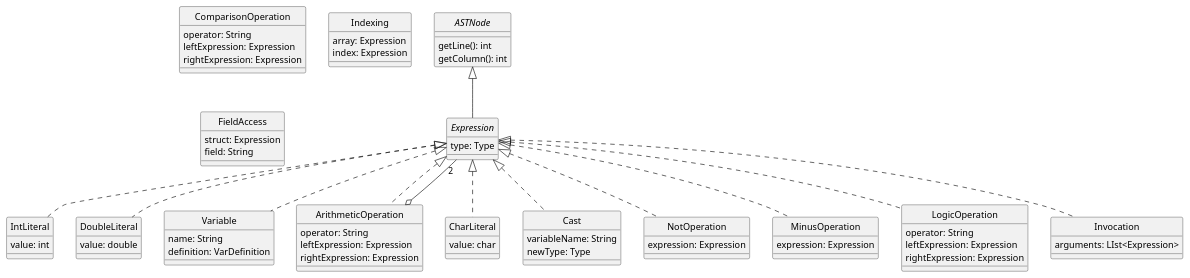
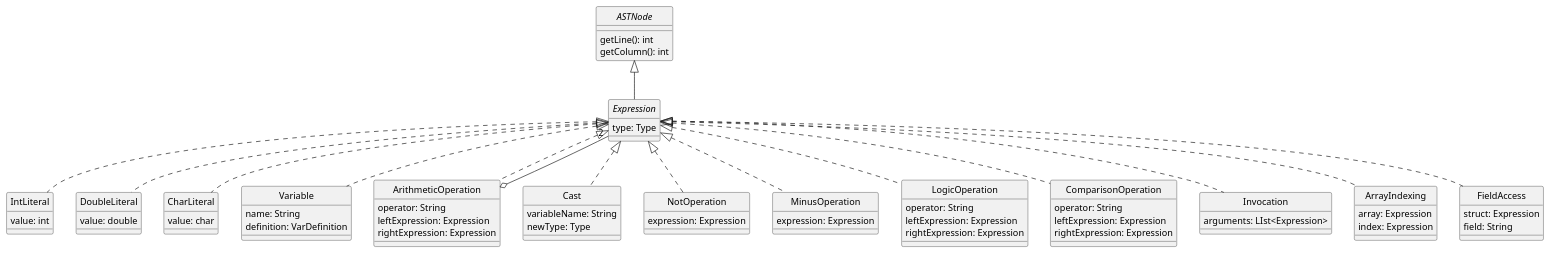
One commit to DavidGonzalezFernandez/dlp-compiler changed the diagram in docs/diagrams/expressions.plantuml. Above: the diagram before and after it, drawn with PlantUML.

Commit message:
Incorporo nuevas expresiones

```diff
--- a/docs/diagrams/expressions.plantuml
+++ b/docs/diagrams/expressions.plantuml
@@ -1,95 +1,106 @@
 @startuml Expressions
 skinparam style strictuml
 skinparam monochrome true
 
 
 interface ASTNode {
     getLine(): int
     getColumn(): int
 }
 
 interface Expression {
     type: Type
 }
+ASTNode <|-- Expression
+
 
 class IntLiteral {
     value: int
 }
+Expression <|.. IntLiteral
+
 
 class DoubleLiteral {
     value: double
 }
+Expression <|.. DoubleLiteral
+
+
+class CharLiteral {
+    value: char
+}
+Expression <|.. CharLiteral
+
 
 class Variable {
     name: String
     definition: VarDefinition
 }
+Expression <|.. Variable
+
 
 class ArithmeticOperation {
     operator: String
     leftExpression: Expression
     rightExpression: Expression
 }
+Expression <|.. ArithmeticOperation
+ArithmeticOperation o-- "2" Expression
 
-class CharLiteral {
-    value: char
-}
 
 ' La conversión explícita a tipos simples se podrá realizar usando la palabra clave as
 class Cast {
     variableName: String
     newType: Type   /'Tiene que ser de tipo simple'/
 }
+Expression <|.. Cast
 
+
+' Las operaciones NOT y MINUS no se ponen en la misma clase
 class NotOperation {
     ' No necesita especificar el operador
     expression: Expression
 }
+Expression <|.. NotOperation
 
 class MinusOperation {
     ' No necesita especificar el operador
     expression: Expression
 }
+Expression <|.. MinusOperation
 
+' Operaciones de comparación y lógicas no son iguales
 class LogicOperation {
     operator: String
     leftExpression: Expression
     rightExpression: Expression
 }
+Expression <|.. LogicOperation
 
 class ComparisonOperation {
     operator: String
     leftExpression: Expression
     rightExpression: Expression
 }
+Expression <|.. ComparisonOperation
 
 class Invocation {
     arguments: LIst<Expression>
 }
+Expression <|.. Invocation
 
-class Indexing {
+
+class ArrayIndexing {
     array: Expression       /'TODO qué tipo es'/
     index: Expression
 }
+Expression <|.. ArrayIndexing
 
 class FieldAccess {
     struct: Expression      /'TODO qué tipo es'/
     field: String
 }
-
-ASTNode <|-- Expression
-Expression <|.. IntLiteral
-Expression <|.. DoubleLiteral
-Expression <|.. CharLiteral
-Expression <|.. Variable
-Expression <|.. NotOperation
-Expression <|.. MinusOperation
-Expression <|.. LogicOperation
-Expression <|.. ArithmeticOperation
-Expression <|.. Invocation
-Expression <|.. Cast
-
-ArithmeticOperation o-- "2" Expression
+Expression <|.. FieldAccess
 
 
 @enduml
```
